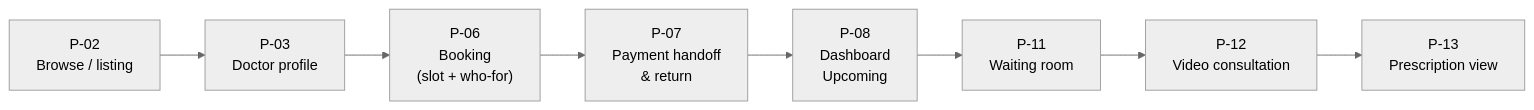
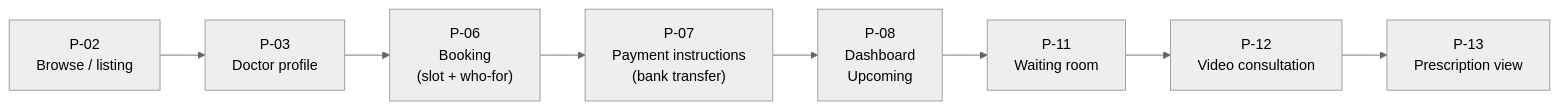
Before and after one commit to Burhan3737/Dermaestha: the first of 3 diagrams in docs/specification/06-DESIGN_SYSTEM_THEME_DOCUMENT.md, drawn with Mermaid (neutral theme). The commit also changed other lines of this file and 16 other files, not shown here.

````diff
--- a/docs/specification/06-DESIGN_SYSTEM_THEME_DOCUMENT.md
+++ b/docs/specification/06-DESIGN_SYSTEM_THEME_DOCUMENT.md
@@ -40,13 +40,13 @@
 ```mermaid
 flowchart LR
   P02["P-02<br/>Browse / listing"]
   P03["P-03<br/>Doctor profile"]
   P06["P-06<br/>Booking<br/>(slot + who-for)"]
-  P07["P-07<br/>Payment handoff<br/>& return"]
+  P07["P-07<br/>Payment instructions<br/>(bank transfer)"]
   P08["P-08<br/>Dashboard<br/>Upcoming"]
   P11["P-11<br/>Waiting room"]
   P12["P-12<br/>Video consultation"]
   P13["P-13<br/>Prescription view"]
   P02 --> P03 --> P06 --> P07 --> P08
   P08 --> P11 --> P12 --> P13
 ```
````
